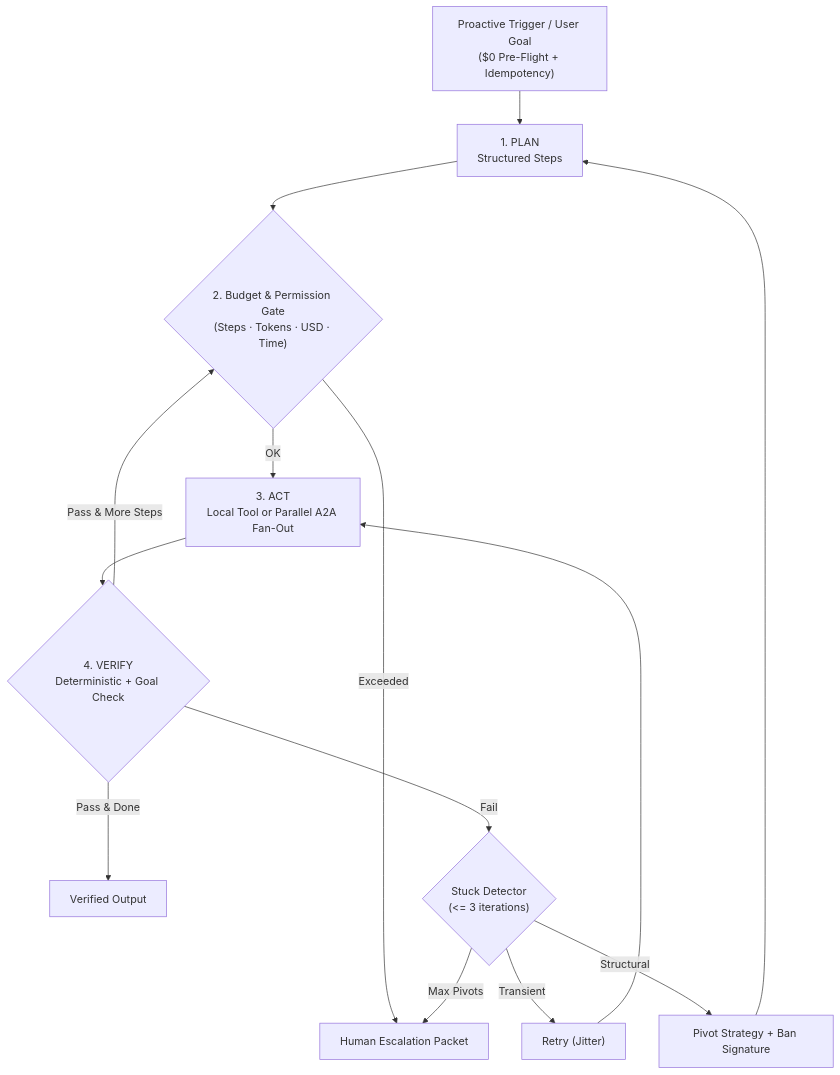
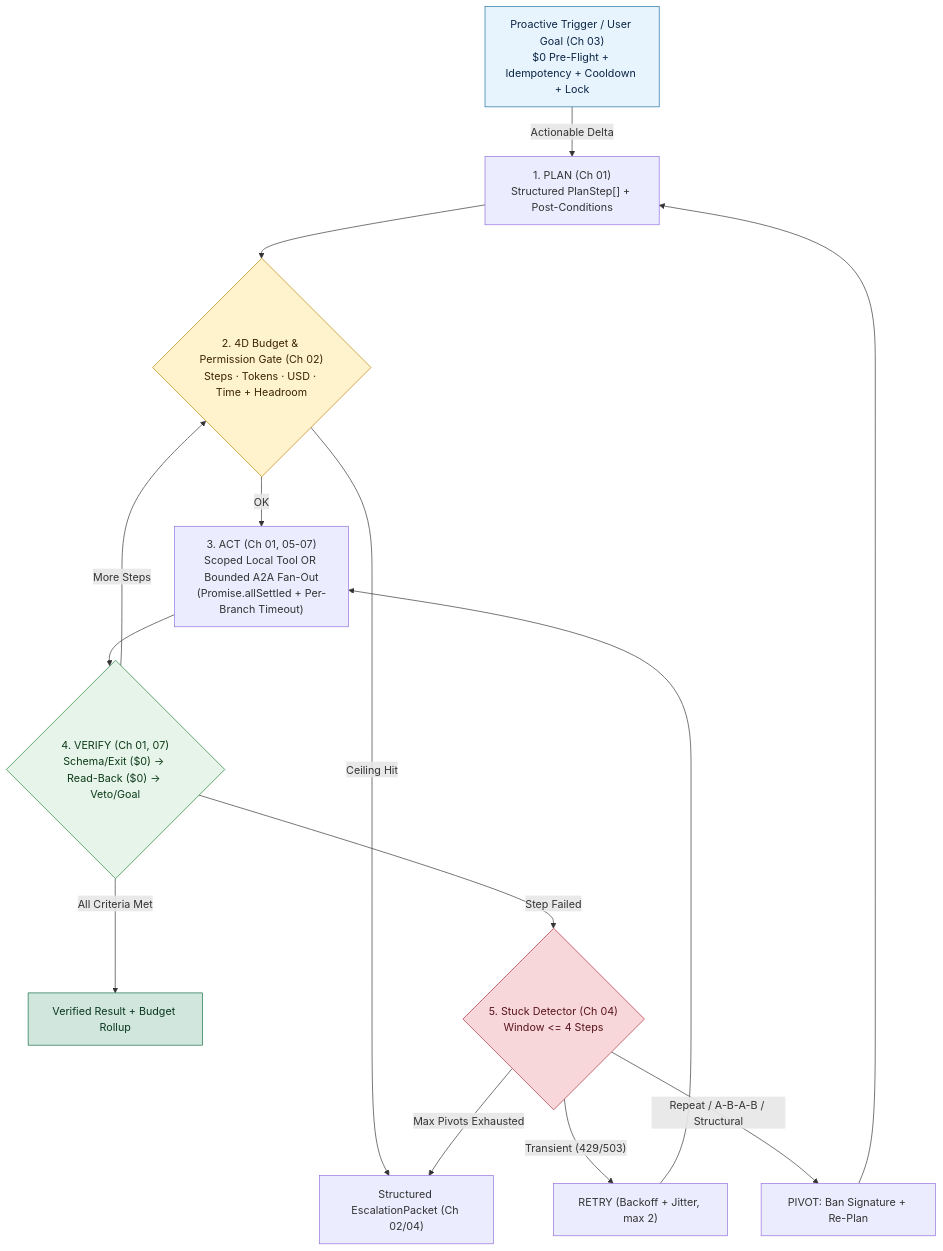
One commit to Amie-dev/FDE-and-GenAI-Mastery changed the diagram in Lecture 14 - Loop Engineering and A2A Protocol/notes/Lecture_14_Complete_Notes.md. Above: the diagram before and after it, drawn with Mermaid. The commit also changed other lines of this file and 13 other files, not shown here.

Commit message:
Refactor Lecture 44 and Lecture 45 notes for clarity and depth; enhance structure with executive summaries, chapter-by-chapter revisions, and detailed cheat sheets. Update diagrams to reflect improved architecture and flow, emphasizing security measures and identity management protocols.

````diff
--- a/Lecture 14 - Loop Engineering and A2A Protocol/notes/Lecture_14_Complete_Notes.md
+++ b/Lecture 14 - Loop Engineering and A2A Protocol/notes/Lecture_14_Complete_Notes.md
@@ -34,14 +36,20 @@
 ```mermaid
 flowchart TD
-    Trig["Proactive Trigger / User Goal<br/>($0 Pre-Flight + Idempotency)"] --> Plan["1. PLAN<br/>Structured Steps"]
-    Plan --> Budget{"2. Budget & Permission Gate<br/>(Steps · Tokens · USD · Time)"}
-    Budget -->|"Exceeded"| Esc["Human Escalation Packet"]
-    Budget -->|"OK"| Act["3. ACT<br/>Local Tool or Parallel A2A Fan-Out"]
-    Act --> Verify{"4. VERIFY<br/>Deterministic + Goal Check"}
-    Verify -->|"Pass & Done"| Out["Verified Output"]
-    Verify -->|"Pass & More Steps"| Budget
-    Verify -->|"Fail"| Stuck{"Stuck Detector<br/>(<= 3 iterations)"}
-    Stuck -->|"Transient"| Retry["Retry (Jitter)"] --> Act
-    Stuck -->|"Structural"| Pivot["Pivot Strategy + Ban Signature"] --> Plan
-    Stuck -->|"Max Pivots"| Esc
+    Trig["Proactive Trigger / User Goal (Ch 03)<br/>$0 Pre-Flight + Idempotency + Cooldown + Lock"] -->|"Actionable Delta"| Plan["1. PLAN (Ch 01)<br/>Structured PlanStep[] + Post-Conditions"]
+    Plan --> Budget{"2. 4D Budget & Permission Gate (Ch 02)<br/>Steps · Tokens · USD · Time + Headroom"}
+    Budget -->|"Ceiling Hit"| Esc["Structured EscalationPacket (Ch 02/04)"]
+    Budget -->|"OK"| Act["3. ACT (Ch 01, 05-07)<br/>Scoped Local Tool OR Bounded A2A Fan-Out<br/>(Promise.allSettled + Per-Branch Timeout)"]
+    Act --> Verify{"4. VERIFY (Ch 01, 07)<br/>Schema/Exit ($0) -> Read-Back ($0) -> Veto/Goal"}
+    Verify -->|"All Criteria Met"| Done["Verified Result + Budget Rollup"]
+    Verify -->|"More Steps"| Budget
+    Verify -->|"Step Failed"| Stuck{"5. Stuck Detector (Ch 04)<br/>Window <= 4 Steps"}
+    Stuck -->|"Transient (429/503)"| Retry["RETRY (Backoff + Jitter, max 2)"] --> Act
+    Stuck -->|"Repeat / A-B-A-B / Structural"| Pivot["PIVOT: Ban Signature + Re-Plan"] --> Plan
+    Stuck -->|"Max Pivots Exhausted"| Esc
+
+    style Trig fill:#e8f4fd,stroke:#1d6fa5,color:#0b2545
+    style Budget fill:#fff3cd,stroke:#b78103,color:#3b2600
+    style Verify fill:#e6f4ea,stroke:#1e7e34,color:#0d3b18
+    style Stuck fill:#f8d7da,stroke:#b02a37,color:#58151c
+    style Done fill:#d1e7dd,stroke:#146c43,color:#0a3622
 ```
````
